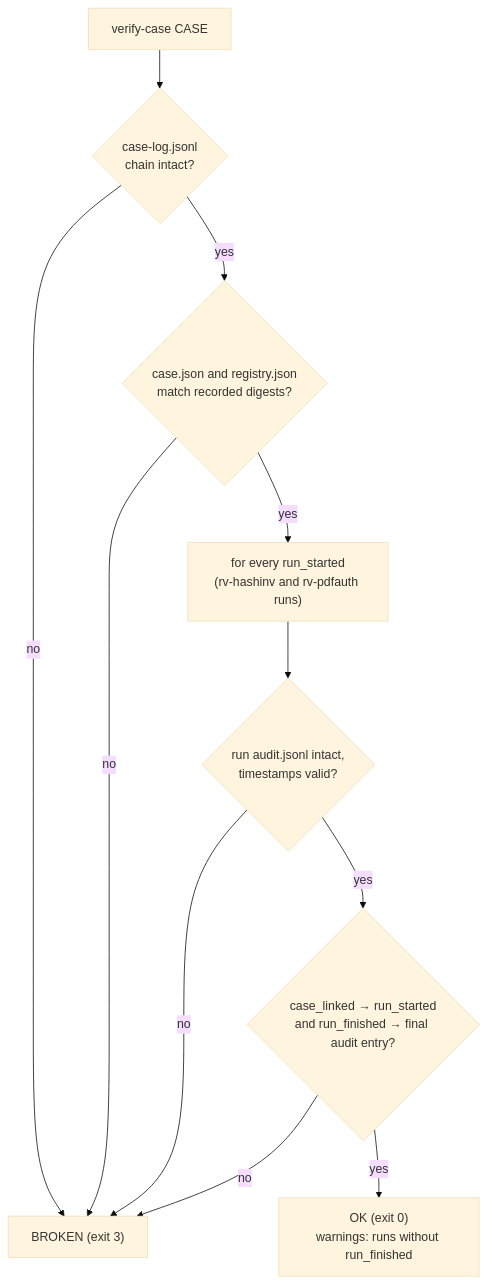
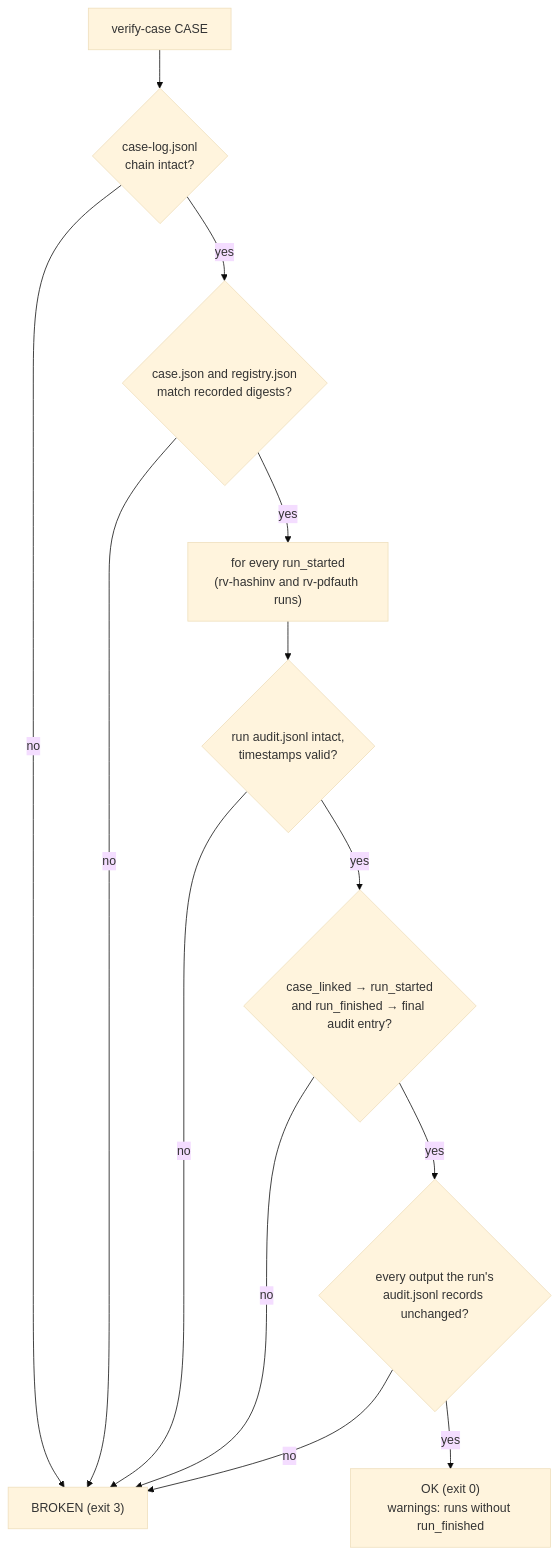
The fourth of 4 diagrams in docs/case-folder.md (Panacota96/rv-pdfauth), drawn with Mermaid (base theme) before and after one commit. The commit also changed other lines of this file and 6 other files, not shown here.

````diff
--- a/docs/case-folder.md
+++ b/docs/case-folder.md
@@ -190,13 +190,15 @@
 ```mermaid
 flowchart TB
     A["verify-case CASE"] --> B{"case-log.jsonl<br/>chain intact?"}
     B -- no --> X["BROKEN (exit 3)"]
     B -- yes --> C{"case.json and registry.json<br/>match recorded digests?"}
     C -- no --> X
     C -- yes --> D["for every run_started<br/>(rv-hashinv and rv-pdfauth runs)"]
     D --> E{"run audit.jsonl intact,<br/>timestamps valid?"}
     E -- no --> X
     E -- yes --> F{"case_linked → run_started<br/>and run_finished → final audit entry?"}
     F -- no --> X
-    F -- yes --> OK["OK (exit 0)<br/>warnings: runs without run_finished"]
+    F -- yes --> R{"every output the run's<br/>audit.jsonl records unchanged?"}
+    R -- no --> X
+    R -- yes --> OK["OK (exit 0)<br/>warnings: runs without run_finished"]
 ```
````
